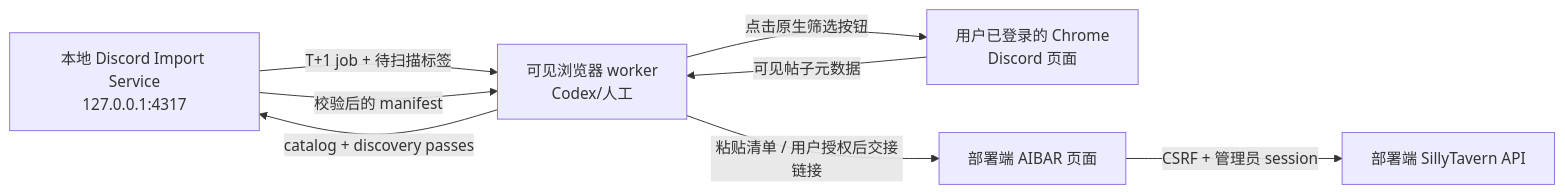
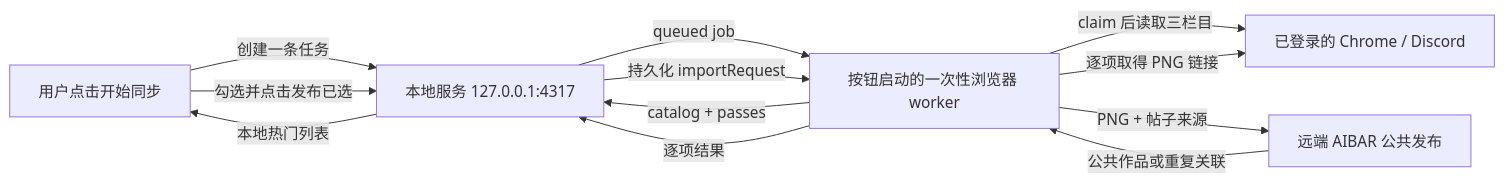
The first of 2 diagrams in docs/local-discord-import-service.md (xianningqixi/AIBAR), drawn with Mermaid before and after one commit. The commit also changed other lines of this file and 29 other files, not shown here.

````diff
--- a/docs/local-discord-import-service.md
+++ b/docs/local-discord-import-service.md
@@ -29,16 +30,20 @@
 ```mermaid
 flowchart LR
-    S["本地 Discord Import Service<br/>127.0.0.1:4317"]
-    W["可见浏览器 worker<br/>Codex/人工"]
-    D["用户已登录的 Chrome<br/>Discord 页面"]
-    A["部署端 AIBAR 页面"]
-    B["部署端 SillyTavern API"]
+    U["用户点击开始同步"]
+    S["本地服务 127.0.0.1:4317"]
+    W["按钮启动的一次性浏览器 worker"]
+    D["已登录的 Chrome / Discord"]
+    A["远端 AIBAR 公共发布"]
 
-    S -->|"T+1 job + 待扫描标签"| W
-    W -->|"点击原生筛选按钮"| D
-    D -->|"可见帖子元数据"| W
-    W -->|"catalog + discovery passes"| S
-    S -->|"校验后的 manifest"| W
-    W -->|"粘贴清单 / 用户授权后交接链接"| A
-    A -->|"CSRF + 管理员 session"| B
+    U -->|"创建一条任务"| S
+    S -->|"queued job"| W
+    W -->|"claim 后读取三栏目"| D
+    W -->|"catalog + passes"| S
+    S -->|"本地热门列表"| U
+    U -->|"勾选并点击发布已选"| S
+    S -->|"持久化 importRequest"| W
+    W -->|"逐项取得 PNG 链接"| D
+    W -->|"PNG + 帖子来源"| A
+    A -->|"公共作品或重复关联"| W
+    W -->|"逐项结果"| S
 ```
````
